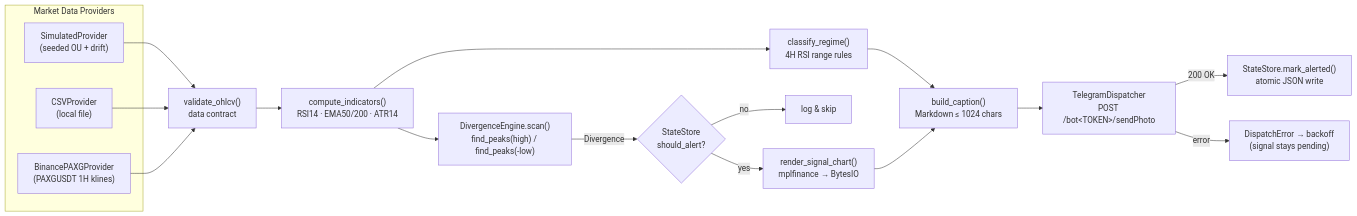
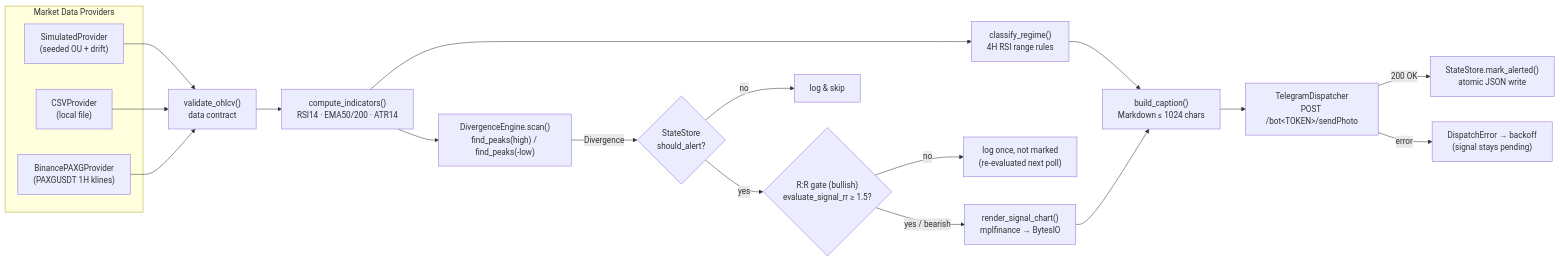
Before and after one commit to maechada2024/testing-dv: the diagram in 03_PROGRAMMER_TECHNICAL_MANUAL.md, drawn with Mermaid. The commit also changed other lines of this file and 3 other files, not shown here.

First line of the commit message:
Add risk/reward gate for bullish entry alerts

````diff
--- a/03_PROGRAMMER_TECHNICAL_MANUAL.md
+++ b/03_PROGRAMMER_TECHNICAL_MANUAL.md
@@ -51,24 +51,26 @@
 ```mermaid
 flowchart LR
     subgraph Providers["Market Data Providers"]
         SIM["SimulatedProvider<br/>(seeded OU + drift)"]
         CSV["CSVProvider<br/>(local file)"]
         BIN["BinancePAXGProvider<br/>(PAXGUSDT 1H klines)"]
     end
 
     SIM --> VAL
     CSV --> VAL
     BIN --> VAL
 
     VAL["validate_ohlcv()<br/>data contract"] --> IND["compute_indicators()<br/>RSI14 · EMA50/200 · ATR14"]
     IND --> REG["classify_regime()<br/>4H RSI range rules"]
     IND --> DET["DivergenceEngine.scan()<br/>find_peaks(high) / find_peaks(-low)"]
     DET -->|Divergence| DEB{"StateStore<br/>should_alert?"}
     DEB -->|no| DROP["log & skip"]
-    DEB -->|yes| CH["render_signal_chart()<br/>mplfinance → BytesIO"]
+    DEB -->|yes| RR{"R:R gate (bullish)<br/>evaluate_signal_rr ≥ 1.5?"}
+    RR -->|no| SKIP["log once, not marked<br/>(re-evaluated next poll)"]
+    RR -->|yes / bearish| CH["render_signal_chart()<br/>mplfinance → BytesIO"]
     REG --> CAP
     CH --> CAP["build_caption()<br/>Markdown ≤ 1024 chars"]
     CAP --> TG["TelegramDispatcher<br/>POST /bot&lt;TOKEN&gt;/sendPhoto"]
     TG -->|200 OK| MARK["StateStore.mark_alerted()<br/>atomic JSON write"]
     TG -->|error| RETRY["DispatchError → backoff<br/>(signal stays pending)"]
 ```
````
